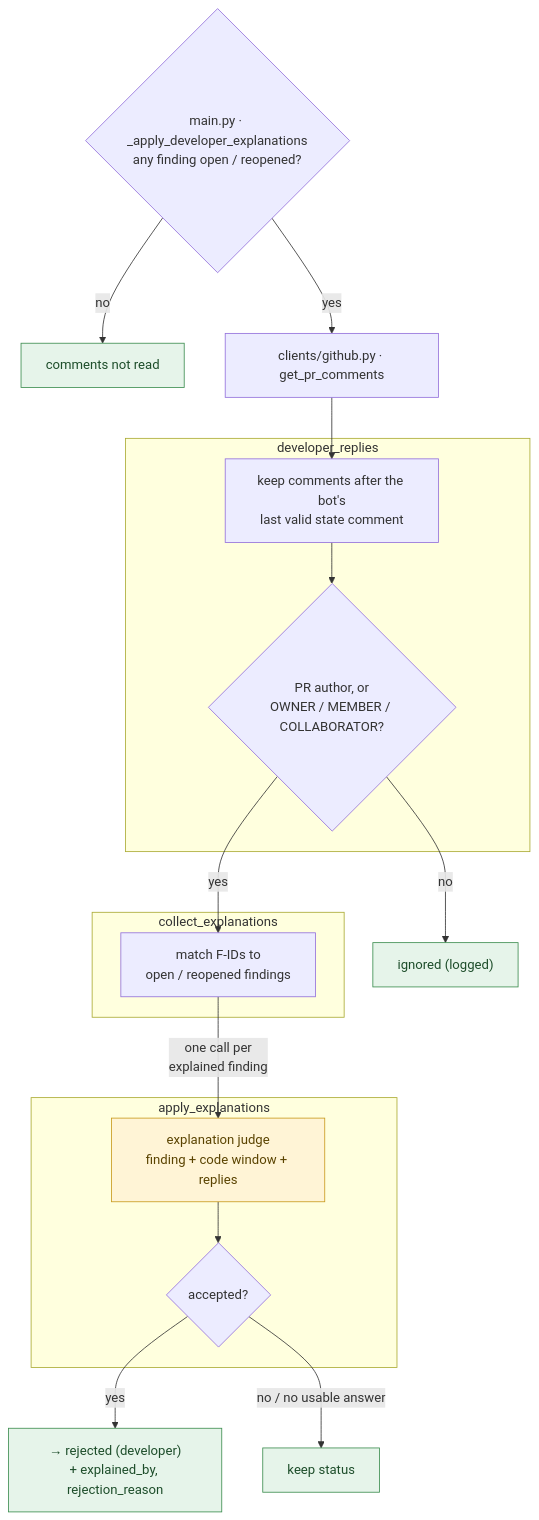
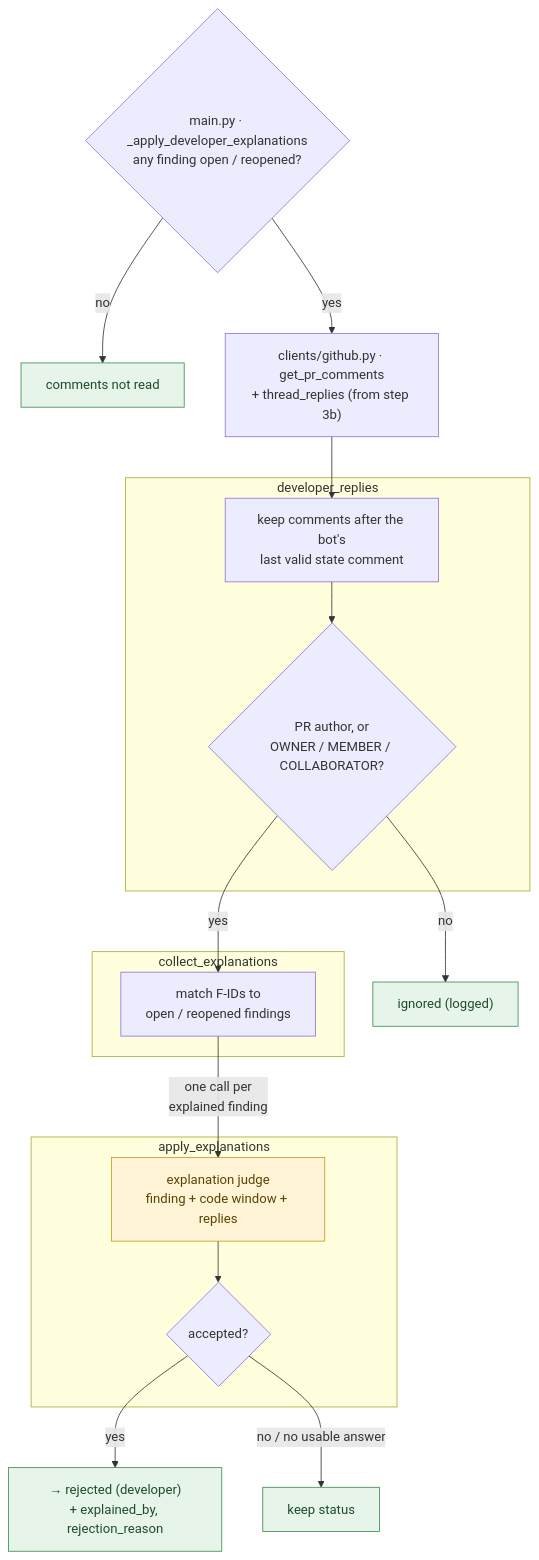
One commit to bryanChatsirichai/github_agentic_pr_reviewer changed diagram 12 of 14 in docs/agentic-pr-review-system-design.v1.md. Above: the diagram before and after it, drawn with Mermaid. The commit also changed other lines of this file and 1 other file, not shown here.

First line of the commit message:
Docs: Bring remaining diagrams and sections in line with Step 9b

````diff
--- a/docs/agentic-pr-review-system-design.v1.md
+++ b/docs/agentic-pr-review-system-design.v1.md
@@ -692,29 +693,29 @@
 ```mermaid
 flowchart TD
     A{"main.py · _apply_developer_explanations<br/>any finding open / reopened?"} -->|no| SKIP["comments not read"]
-    A -->|yes| C["clients/github.py · get_pr_comments"]
+    A -->|yes| C["clients/github.py · get_pr_comments<br/>+ thread_replies (from step 3b)"]
 
     subgraph DR ["developer_replies"]
         CUT["keep comments after the bot's<br/>last valid state comment"] --> TR{"PR author, or<br/>OWNER / MEMBER / COLLABORATOR?"}
     end
 
     subgraph CE ["collect_explanations"]
         ID["match F-IDs to<br/>open / reopened findings"]
     end
 
     subgraph AE ["apply_explanations"]
         J["explanation judge<br/>finding + code window + replies"] --> AC{accepted?}
     end
 
     C --> CUT
     TR -->|no| IGN["ignored (logged)"]
     TR -->|yes| ID
     ID -->|"one call per<br/>explained finding"| J
     AC -->|yes| REJ["→ rejected (developer)<br/>+ explained_by, rejection_reason"]
     AC -->|"no / no usable answer"| K3["keep status"]
 
     classDef llm fill:#fff4d6,stroke:#c99a1d,color:#5a4300
     classDef outcome fill:#e6f4ea,stroke:#3c8d4f,color:#1d4d2a
     class J llm
     class REJ,K3,SKIP,IGN outcome
 ```
````
